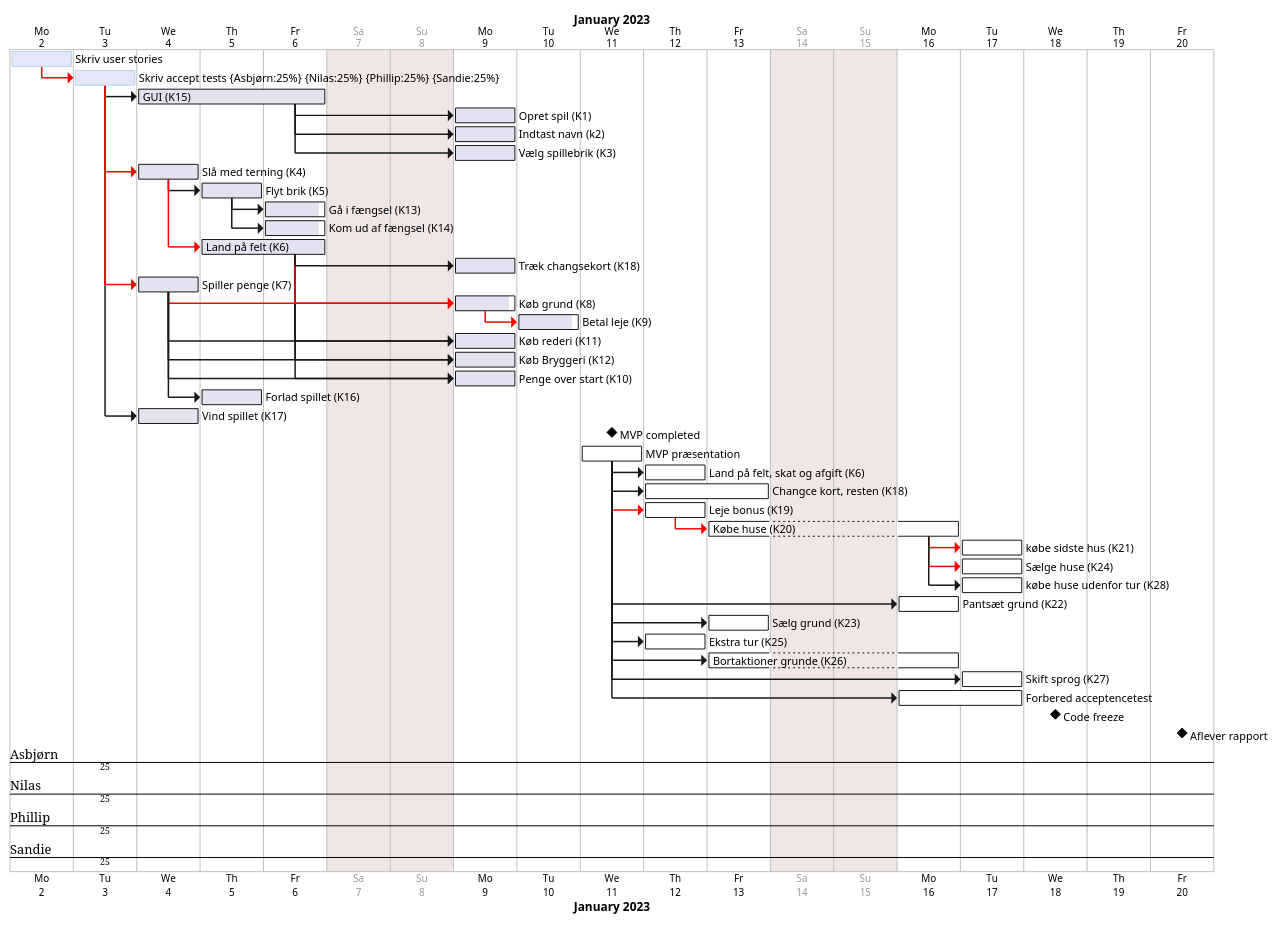
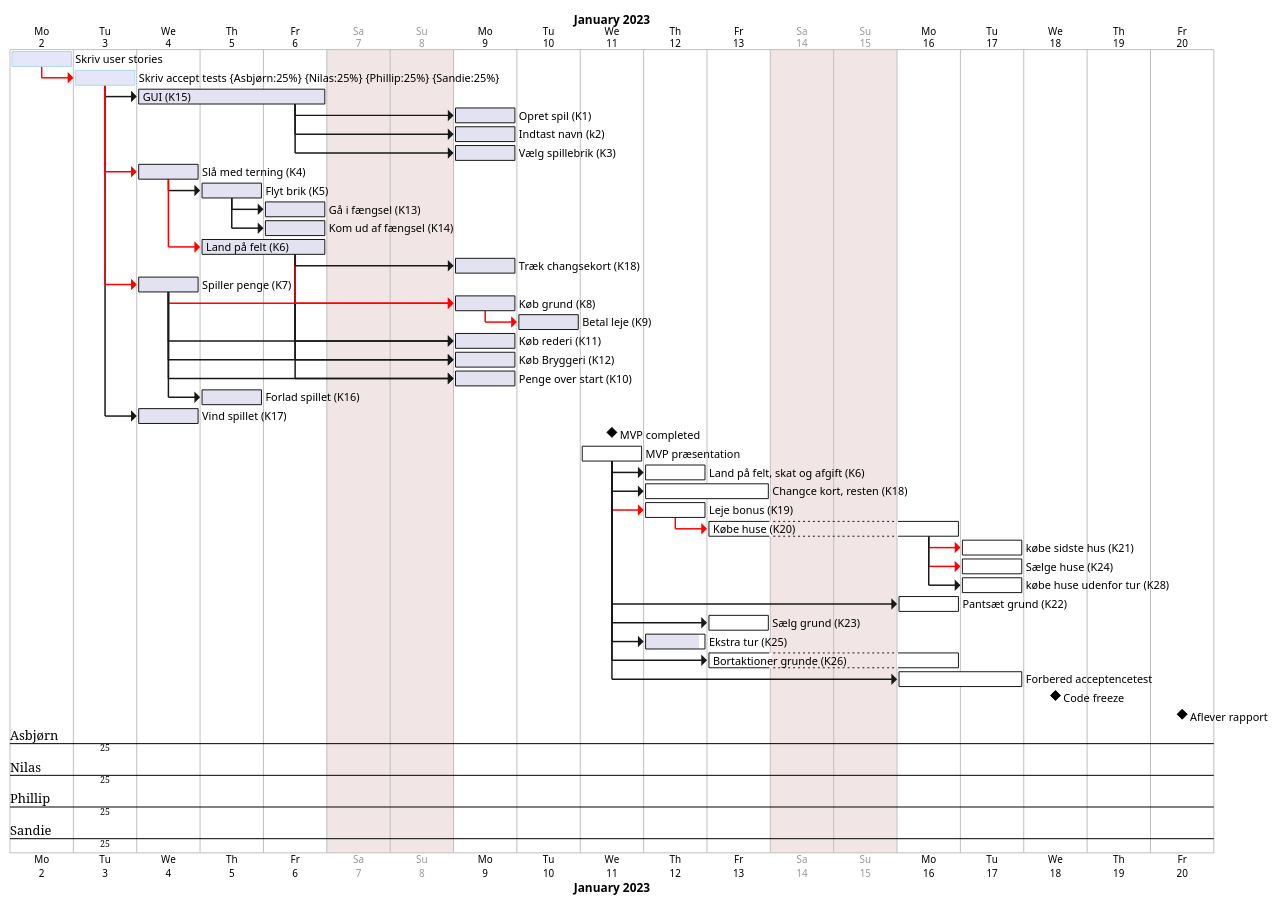
One commit to Gruppe-10-DTU/CDIO-FINAL changed the diagram in src/main/resources/Diagrams/Gantt.puml. Above: the diagram before and after it, drawn with PlantUML.

Commit message:
Gantt update 10.1

```diff
--- a/src/main/resources/Diagrams/Gantt.puml
+++ b/src/main/resources/Diagrams/Gantt.puml
@@ -1,175 +1,172 @@
 @startgantt
 printscale daily zoom 4
 saturday are closed
 sunday are closed
 
 Project starts the 2nd of january 2023
 
 [Skriv user stories] as [TASK1] lasts 1 days
 [TASK1] is colored in Lavender/LightBlue
 [TASK1] is 100% complete
 
 [Skriv accept tests] as [TASK2] on {Asbjørn:25%} {Nilas:25%} {Phillip:25%} {Sandie:25%} lasts 1 days
 [TASK2] is colored in Lavender/LightBlue
 [TASK2] is 100% complete
 
 [GUI (K15)] as [K15] lasts 3 days
 [K15] is 100% complete
 
 [Opret spil (K1)] as [K1] lasts 1 days
 [K1] is 100% complete
 
 [Indtast navn (k2)] as [K2] lasts 1 days
 [K2] is 100% complete
 
 [Vælg spillebrik (K3)] as [K3] lasts 1 days
 [K3] is 100% complete
 
 
 
 [Slå med terning (K4)] as [K4] lasts 1 days
 [K4] is 100% complete
 
 [Flyt brik (K5)] as [K5] lasts 1 days
 [K5] is 100% complete
 
 
 
 [Gå i fængsel (K13)] as [K13] lasts 1 days
-[K13] is 90% complete
+[K13] is 100% complete
 
 [Kom ud af fængsel (K14)] as [K14] lasts 1 days
-[K14] is 90% complete
+[K14] is 100% complete
 
 [Land på felt (K6)] as [K6] lasts 2 days
 [K6] is 100% complete
 
 [Træk changsekort (K18)] as [K18] lasts 1 days
 [K18] is 100% complete
 
 [Spiller penge (K7)] as [K7] lasts 1 days
 [K7] is 100% complete
 
 [Køb grund (K8)] as [K8] lasts 1 days
-[K8] is 90% complete
-
+[K8] is 100% complete
 
 [Betal leje (K9)] as [K9] lasts 1 days
-[K9] is 90% complete
+[K9] is 100% complete
 
 [Køb rederi (K11)] as [K11] lasts 1 days
 [K11] is 100% complete
 
 [Køb Bryggeri (K12)] as [K12] lasts 1 days
 [K12] is 100% complete
 
 [Penge over start (K10)] as [K10] lasts 1 days
 [K10] is 100% complete
 
 [Forlad spillet (K16)] as [K16] lasts 1 days
 [K16] is 100% complete
 
 [Vind spillet (K17)] as [K17] lasts 1 days
 [K17] is 100% complete
 
 
 
 
 [TASK1]-[#FF0000]->[TASK2]
 [TASK2]->[K15]
 [TASK2]->[K17]
 
 [TASK2]-[#FF0000]->[K7]
 [TASK2]-[#FF0000]->[K4]
 
 [K15]->[K1]
 [K15]->[K2]
 [K15]->[K3]
 
 [K4]->[K5]
 [K4]-[#FF0000]->[K6]
 
 [K7]->[K11]
 [K6]->[K11]
 [K7]->[K12]
 [K6]->[K12]
 [K7]->[K10]
 [K6]->[K10]
 [K7]-[#FF0000]->[K8]
 [K6]-[#FF0000]->[K8]
 [K6]->[K18]
 
 [K7]->[K16]
 
 [K8]-[#FF0000]->[K9]
 
 [K5]->[K13]
 [K5]->[K14]
 
 [MVP completed] happens 2023-01-11
 
 [MVP præsentation] as [MVP] starts 2023-01-11
 [MVP] is 0% complete
 
 [Land på felt, skat og afgift (K6)] as [K6.2] lasts 1 days
 [K6.2] is 0% complete
 
 [Changce kort, resten (K18)] as [K18.2] lasts 2 days
 [K18.2] is 0% complete
 
 [Leje bonus (K19)] as [K19] lasts 1 days
 [K19] is 0% complete
 
 [Købe huse (K20)] as [K20] lasts 2 days
 [K20] is 0% complete
 
 [købe sidste hus (K21)] as [K21] lasts 1 days
 [K21] is 0% complete
 
 [Sælge huse (K24)] as [K24] lasts 1 days
 [K24] is 0% complete
 
 [købe huse udenfor tur (K28)] as [K28] lasts 1 days
 [K28] is 0% complete
 
 [Pantsæt grund (K22)] as [K22] starts 2023-01-16
 [K22] is 0% complete
 
 [Sælg grund (K23)] as [K23] starts 2023-01-13
 [K23] is 0% complete
 
 [Ekstra tur (K25)] as [K25] lasts 1 days
-[K25] is 0% complete
+[K25] is 90% complete
 
 [Bortaktioner grunde (K26)] as [K26] starts 2023-01-13
 [Bortaktioner grunde (K26)] as [K26] ends 2023-01-16
 [K26] is 0% complete
 
-[Skift sprog (K27)] as [K27] starts 2023-01-17
-[K27] is 0% complete
+
 
 [Forbered acceptencetest] as [test] starts 2023-01-16
 [Forbered acceptencetest] as [test] ends 2023-01-17
 [test] is 0% complete
 
 [MVP]-[#FF0000]->[K19]
 [MVP]->[K18.2]
 [MVP]->[K6.2]
 [MVP]->[K22]
 [MVP]->[K23]
 [MVP]->[K25]
 [MVP]->[K26]
-[MVP]->[K27]
 [MVP]->[test]
 
 [K19]-[#FF0000]->[K20]
 
 [K20]-[#FF0000]->[K21]
 [K20]-[#FF0000]->[K24]
 [K20]->[K28]
 
 
 [Code freeze] happens 2023-01-18
 
 [Aflever rapport] happens 2023-01-20
 @endgantt
```
